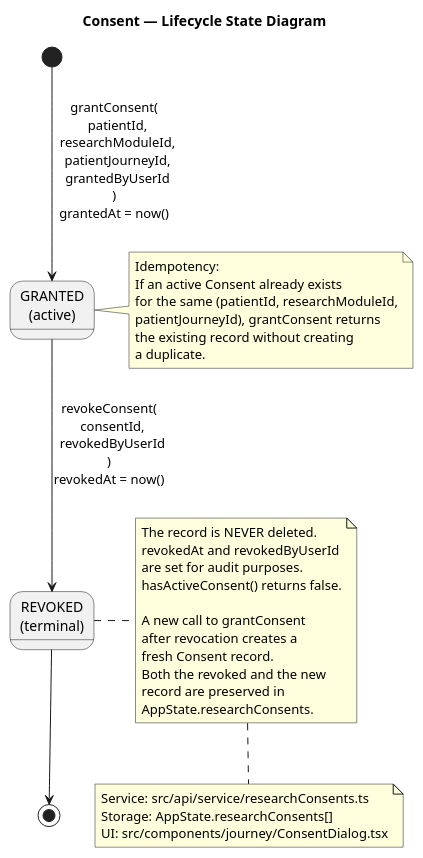
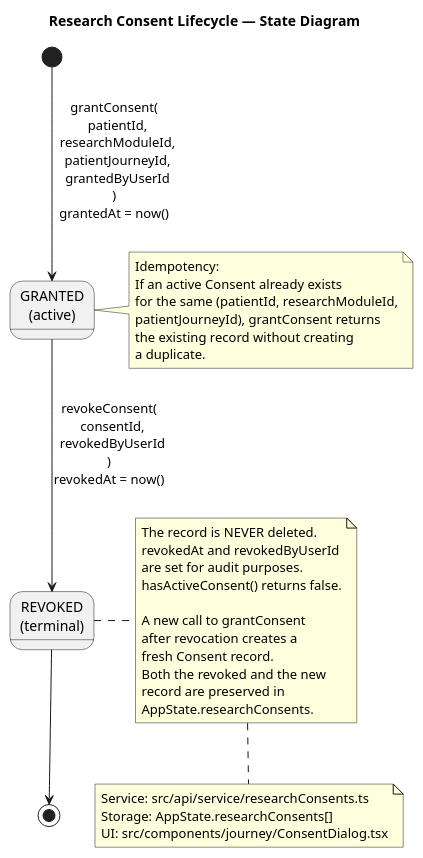
The diagram in docs/diagrams/consent-lifecycle.puml (gforge/DUK), drawn with PlantUML before and after one commit. The commit also changed 38 other files, not shown here.

```diff
--- a/docs/diagrams/consent-lifecycle.puml
+++ b/docs/diagrams/consent-lifecycle.puml
@@ -1,42 +1,42 @@
 @startuml
-title Consent — Lifecycle State Diagram
+title Research Consent Lifecycle — State Diagram
 
 state "GRANTED\n(active)" as GRANTED
 state "REVOKED\n(terminal)" as REVOKED
 
 [*] --> GRANTED : grantConsent(\n  patientId,\n  researchModuleId,\n  patientJourneyId,\n  grantedByUserId\n)\ngrantedAt = now()
 
 GRANTED --> REVOKED : revokeConsent(\n  consentId,\n  revokedByUserId\n)\nrevokedAt = now()
 
 REVOKED --> [*]
 
 note right of GRANTED
   Idempotency:
   If an active Consent already exists
   for the same (patientId, researchModuleId,
   patientJourneyId), grantConsent returns
   the existing record without creating
   a duplicate.
 end note
 
 note right of REVOKED
   The record is NEVER deleted.
   revokedAt and revokedByUserId
   are set for audit purposes.
   hasActiveConsent() returns false.
 
   A new call to grantConsent
   after revocation creates a
   fresh Consent record.
   Both the revoked and the new
   record are preserved in
   AppState.researchConsents.
 end note
 
 note bottom
   Service: src/api/service/researchConsents.ts
   Storage: AppState.researchConsents[]
   UI: src/components/journey/ConsentDialog.tsx
 end note
 
 @enduml
```
